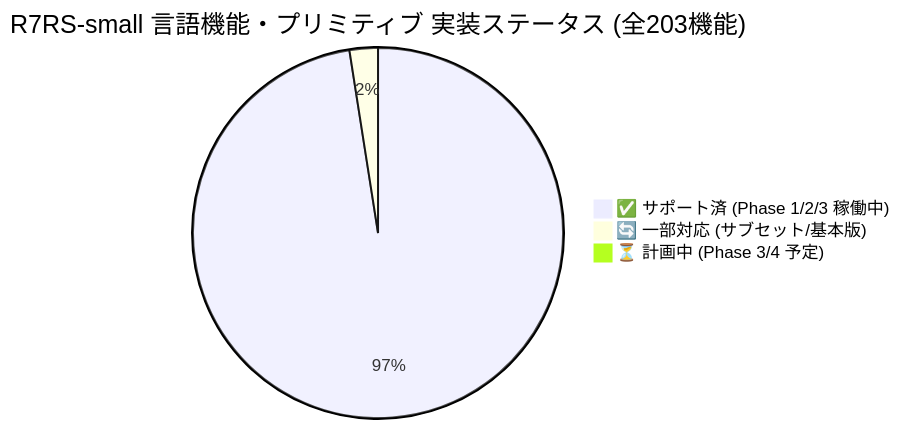
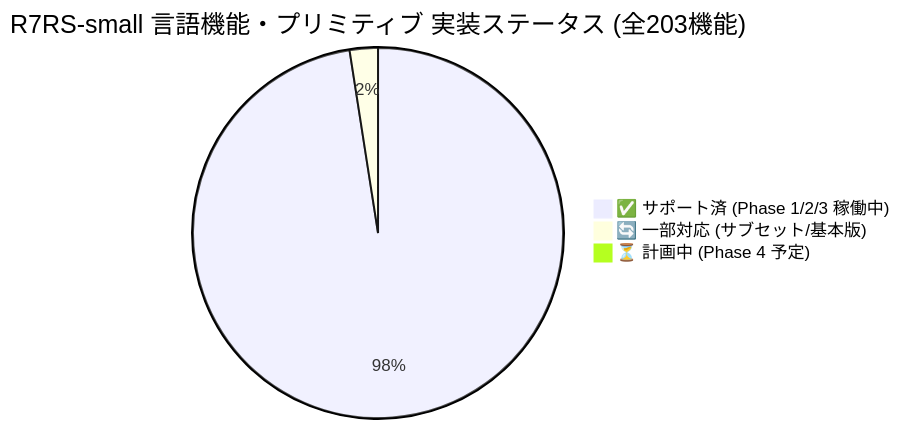
The first of 3 diagrams in ilisp/docs/SPEC_R7RS.md (rokujyouhitoma/arxiv-security-papers), drawn with Mermaid before and after one commit. The commit also changed other lines of this file and 6 other files, not shown here.

````diff
--- a/ilisp/docs/SPEC_R7RS.md
+++ b/ilisp/docs/SPEC_R7RS.md
@@ -17,6 +17,6 @@
 ```mermaid
 pie title R7RS-small 言語機能・プリミティブ 実装ステータス (全203機能)
-    "✅ サポート済 (Phase 1/2/3 稼働中)" : 197
+    "✅ サポート済 (Phase 1/2/3 稼働中)" : 198
     "🔄 一部対応 (サブセット/基本版)" : 5
-    "⏳ 計画中 (Phase 3/4 予定)" : 1
+    "⏳ 計画中 (Phase 4 予定)" : 0
 ```
````
